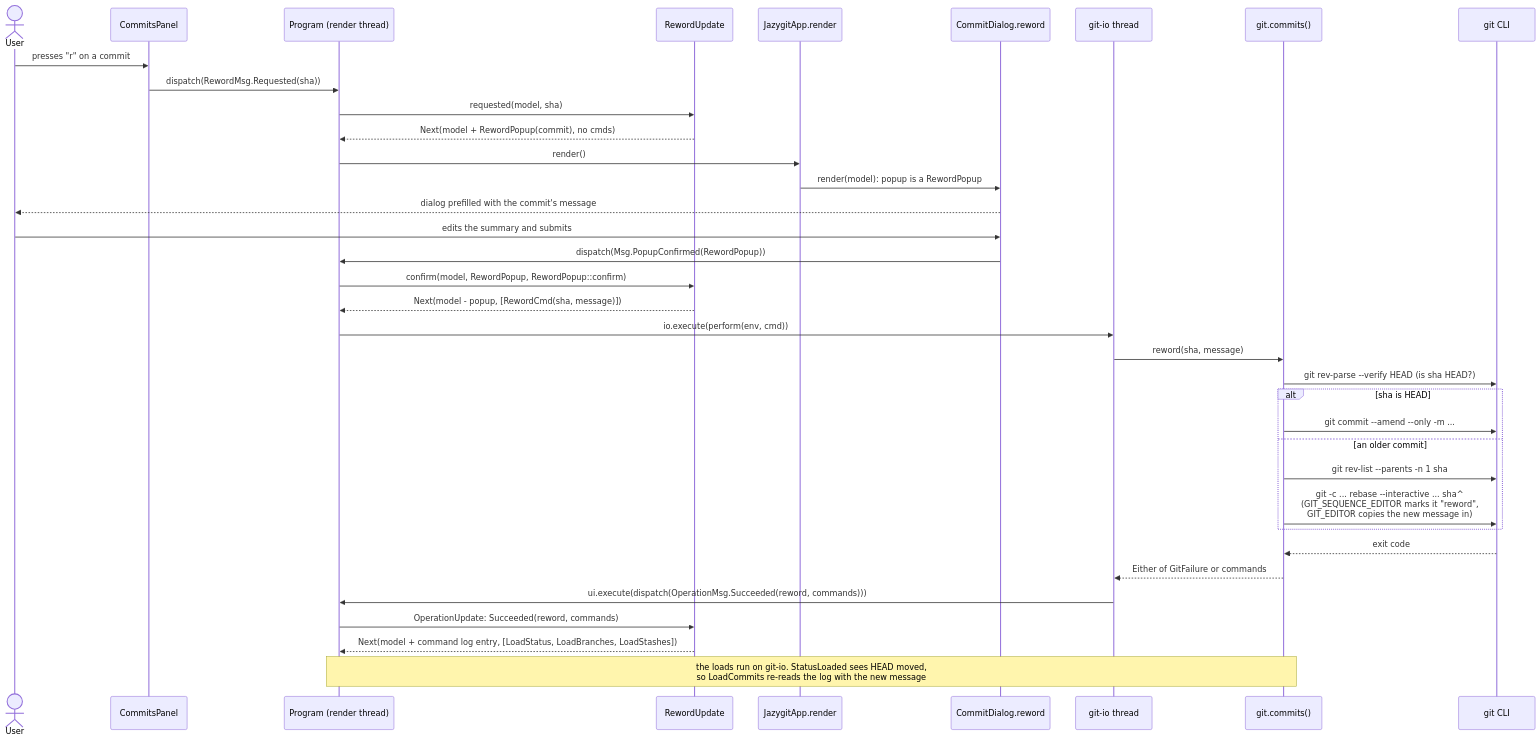
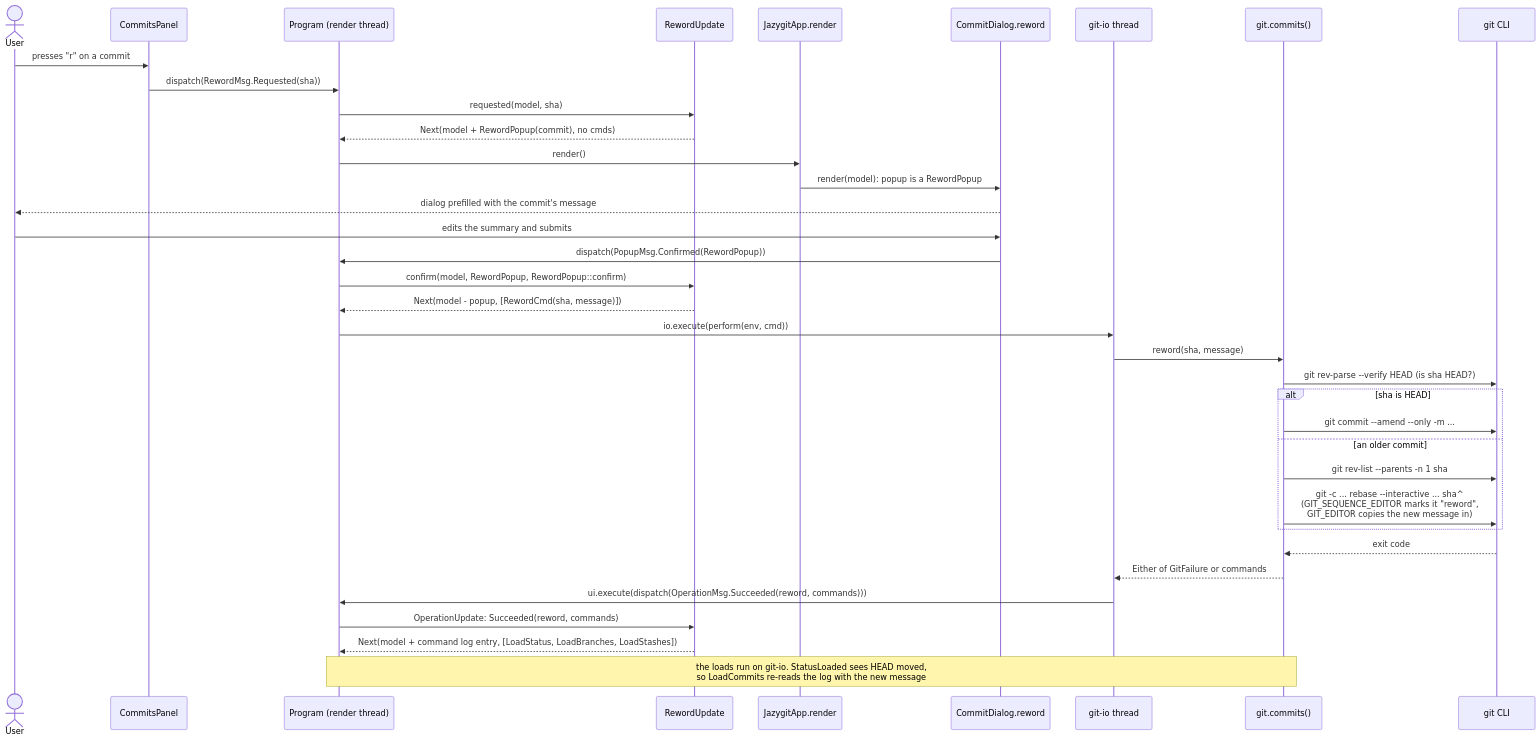
Before and after one commit to cvanfleteren/jazygit: the sixth of 7 diagrams in ARCHITECTURE.md, drawn with Mermaid. The commit also changed other lines of this file and 104 other files, not shown here.

````diff
--- a/ARCHITECTURE.md
+++ b/ARCHITECTURE.md
@@ -1132,42 +1132,42 @@
 ```mermaid
 sequenceDiagram
     actor User
     participant Panel as CommitsPanel
     participant Program as Program (render thread)
     participant Update as RewordUpdate
     participant App as JazygitApp.render
     participant Dialog as CommitDialog.reword
     participant IO as git-io thread
     participant Commits as git.commits()
     participant Git as git CLI
 
     User->>Panel: presses "r" on a commit
     Panel->>Program: dispatch(RewordMsg.Requested(sha))
     Program->>Update: requested(model, sha)
     Update-->>Program: Next(model + RewordPopup(commit), no cmds)
     Program->>App: render()
     App->>Dialog: render(model): popup is a RewordPopup
     Dialog-->>User: dialog prefilled with the commit's message
 
     User->>Dialog: edits the summary and submits
-    Dialog->>Program: dispatch(Msg.PopupConfirmed(RewordPopup))
+    Dialog->>Program: dispatch(PopupMsg.Confirmed(RewordPopup))
     Program->>Update: confirm(model, RewordPopup, RewordPopup::confirm)
     Update-->>Program: Next(model - popup, [RewordCmd(sha, message)])
     Program->>IO: io.execute(perform(env, cmd))
 
     IO->>Commits: reword(sha, message)
     Commits->>Git: git rev-parse --verify HEAD (is sha HEAD?)
     alt sha is HEAD
         Commits->>Git: git commit --amend --only -m ...
     else an older commit
         Commits->>Git: git rev-list --parents -n 1 sha
         Commits->>Git: git -c ... rebase --interactive ... sha^<br/>(GIT_SEQUENCE_EDITOR marks it "reword",<br/>GIT_EDITOR copies the new message in)
     end
     Git-->>Commits: exit code
     Commits-->>IO: Either of GitFailure or commands
     IO->>Program: ui.execute(dispatch(OperationMsg.Succeeded(reword, commands)))
 
     Program->>Update: OperationUpdate: Succeeded(reword, commands)
     Update-->>Program: Next(model + command log entry, [LoadStatus, LoadBranches, LoadStashes])
     Note over Program,Commits: the loads run on git-io. StatusLoaded sees HEAD moved,<br/>so LoadCommits re-reads the log with the new message
 ```
````
